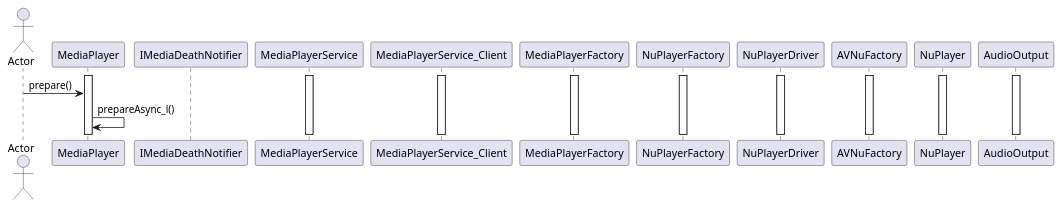
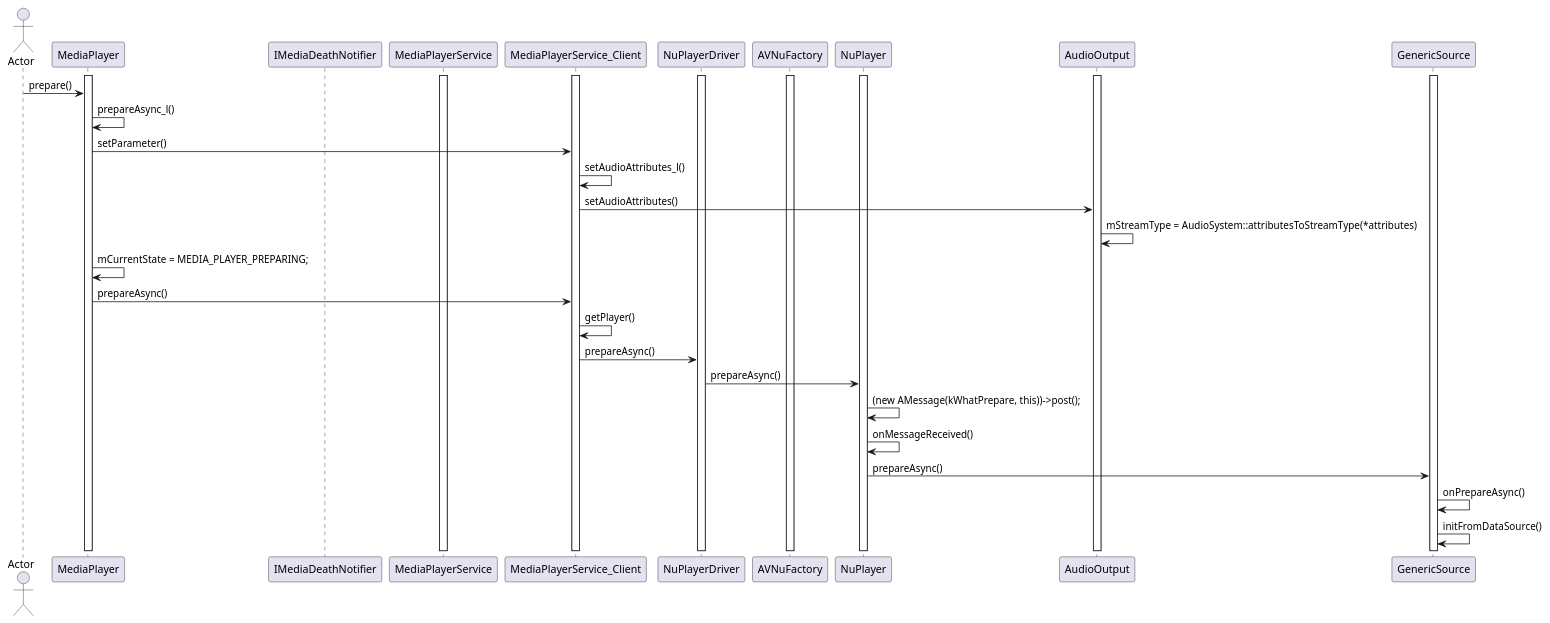
The fourth of 4 diagrams in _posts/2025-02-15-Android音频之MediaPlayer浅析.md (wt159/wt159.github.io), drawn with PlantUML before and after one commit. The commit also changed 4 other files, not shown here.

````diff
--- a/_posts/2025-02-15-Android音频之MediaPlayer浅析.md
+++ b/_posts/2025-02-15-Android音频之MediaPlayer浅析.md
@@ -258,18 +258,31 @@
 ```plantuml
 @startuml
 actor Actor
 Activate MediaPlayer
 participant IMediaDeathNotifier
 Activate MediaPlayerService
 Activate MediaPlayerService_Client
-Activate MediaPlayerFactory
-Activate NuPlayerFactory
 Activate NuPlayerDriver
 Activate AVNuFactory
 Activate NuPlayer
 Activate AudioOutput
+Activate GenericSource
 
 Actor->MediaPlayer: prepare()
 MediaPlayer->MediaPlayer: prepareAsync_l()
+MediaPlayer->MediaPlayerService_Client: setParameter()
+MediaPlayerService_Client->MediaPlayerService_Client: setAudioAttributes_l()
+MediaPlayerService_Client->AudioOutput: setAudioAttributes()
+AudioOutput->AudioOutput: mStreamType = AudioSystem::attributesToStreamType(*attributes)
+MediaPlayer->MediaPlayer: mCurrentState = MEDIA_PLAYER_PREPARING;
+MediaPlayer->MediaPlayerService_Client: prepareAsync()
+MediaPlayerService_Client->MediaPlayerService_Client: getPlayer()
+MediaPlayerService_Client->NuPlayerDriver: prepareAsync()
+NuPlayerDriver->NuPlayer: prepareAsync()
+NuPlayer->NuPlayer: (new AMessage(kWhatPrepare, this))->post();
+NuPlayer->NuPlayer: onMessageReceived()
+NuPlayer->GenericSource: prepareAsync()
+GenericSource->GenericSource: onPrepareAsync()
+GenericSource->GenericSource: initFromDataSource()
 @enduml
 ```
````
